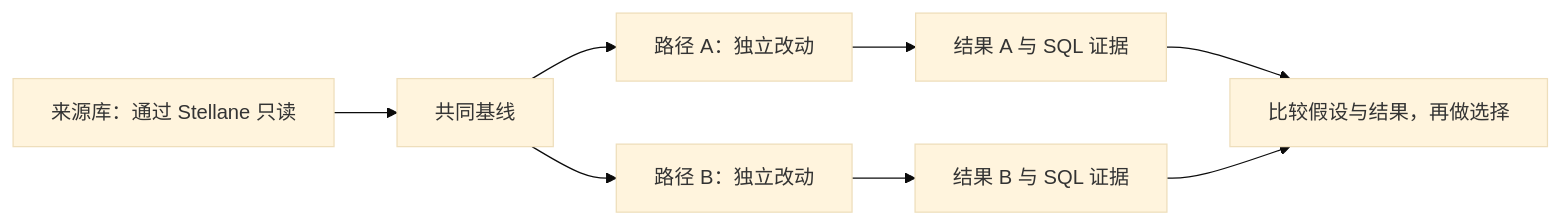
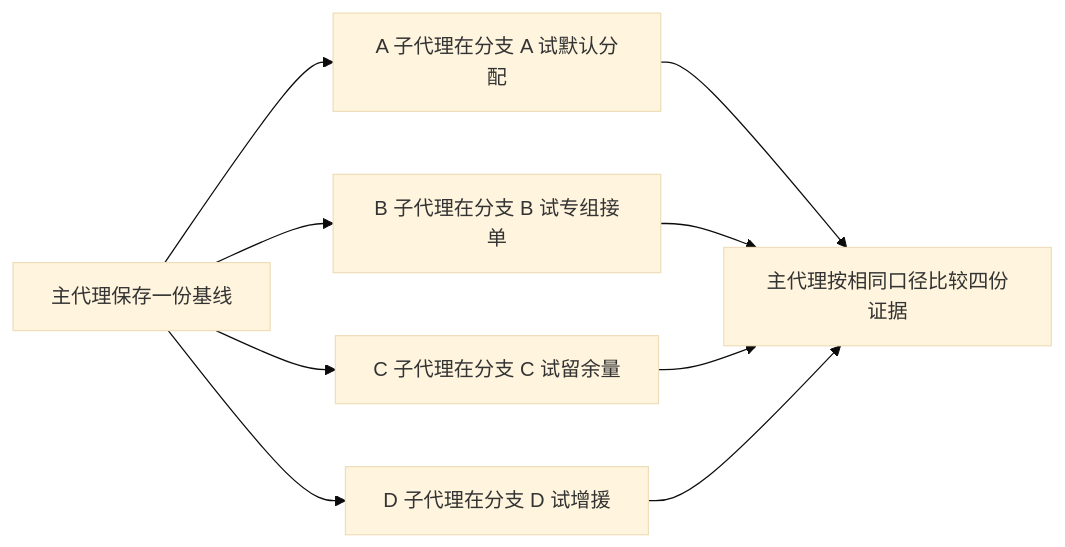
Before and after one commit to czNail/Stellane: the diagram in docs/experiments.zh-CN.md, drawn with Mermaid (base theme). The commit also changed other lines of this file and 9 other files, not shown here.

````diff
--- a/docs/experiments.zh-CN.md
+++ b/docs/experiments.zh-CN.md
@@ -9,10 +24,11 @@
 ```mermaid
 flowchart LR
-  S[来源库：通过 Stellane 只读] --> B[共同基线]
-  B --> A[路径 A：独立改动]
-  B --> C[路径 B：独立改动]
-  A --> RA[结果 A 与 SQL 证据]
-  C --> RB[结果 B 与 SQL 证据]
-  RA --> D[比较假设与结果，再做选择]
-  RB --> D
+    P[主代理保存一份基线] --> A[A 子代理在分支 A 试默认分配]
+    P --> B[B 子代理在分支 B 试专组接单]
+    P --> C[C 子代理在分支 C 试留余量]
+    P --> D[D 子代理在分支 D 试增援]
+    A --> E[主代理按相同口径比较四份证据]
+    B --> E
+    C --> E
+    D --> E
 ```
````
